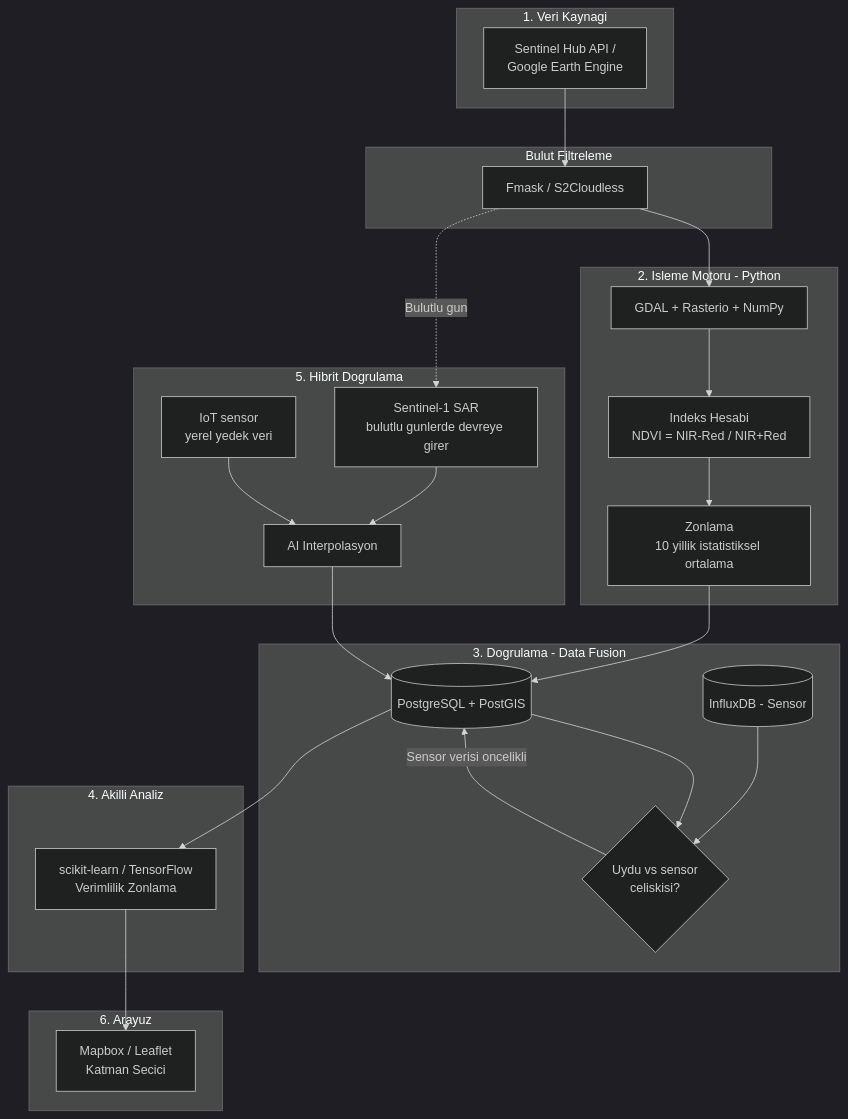
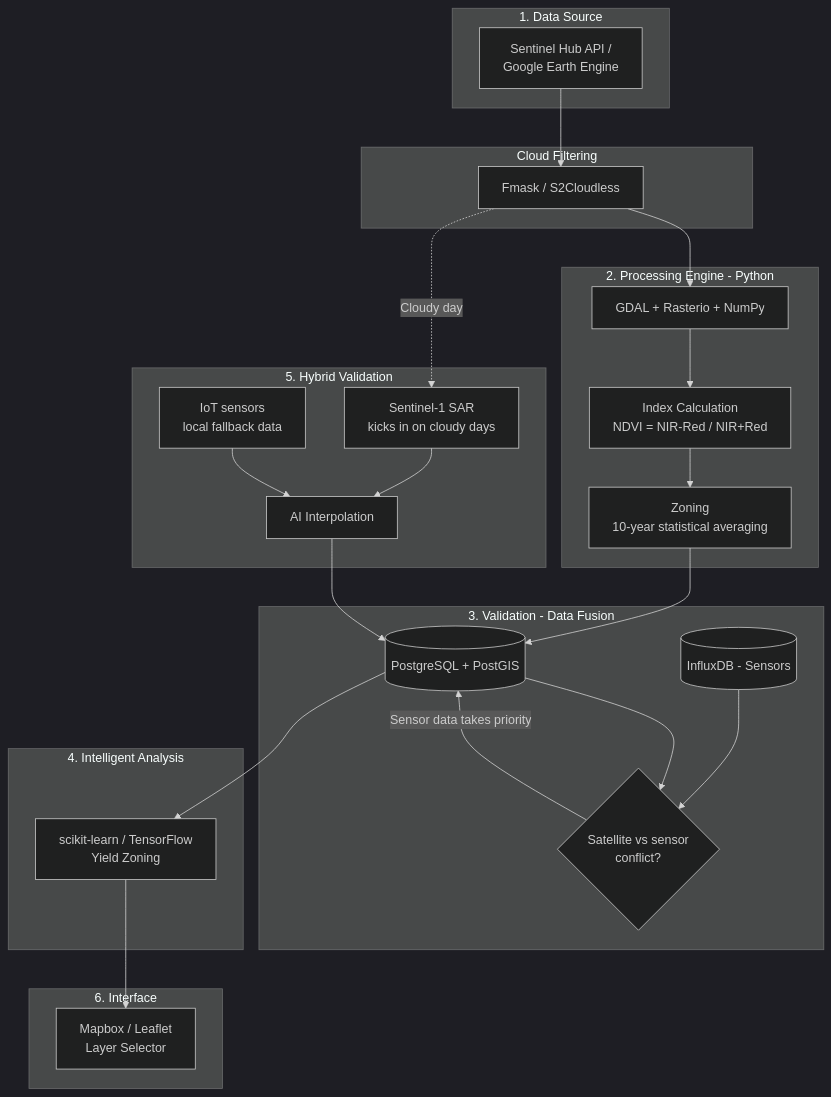
Before and after one commit to hhalilikurnaz/griOS-Telemetry-System: the seventh of 8 diagrams in README.md, drawn with Mermaid (dark theme). The commit also changed other lines of this file, not shown here.

````diff
--- a/README.md
+++ b/README.md
@@ -300,45 +417,45 @@
 ```mermaid
 flowchart TD
-    subgraph Kaynak["1. Veri Kaynagi"]
+    subgraph Kaynak["1. Data Source"]
         SH["Sentinel Hub API /<br/>Google Earth Engine"]
     end
 
-    subgraph Filtre["Bulut Filtreleme"]
+    subgraph Filtre["Cloud Filtering"]
         CF["Fmask / S2Cloudless"]
     end
 
-    subgraph Islem["2. Isleme Motoru - Python"]
+    subgraph Islem["2. Processing Engine - Python"]
         GDAL["GDAL + Rasterio + NumPy"]
-        NDVI_CALC["Indeks Hesabi<br/>NDVI = NIR-Red / NIR+Red"]
-        ZONE_CALC["Zonlama<br/>10 yillik istatistiksel ortalama"]
+        NDVI_CALC["Index Calculation<br/>NDVI = NIR-Red / NIR+Red"]
+        ZONE_CALC["Zoning<br/>10-year statistical averaging"]
     end
 
-    subgraph Dogrulama["3. Dogrulama - Data Fusion"]
+    subgraph Dogrulama["3. Validation - Data Fusion"]
         PG[("PostgreSQL + PostGIS")]
-        INFLUX[("InfluxDB - Sensor")]
-        FUSION{"Uydu vs sensor<br/>celiskisi?"}
+        INFLUX[("InfluxDB - Sensors")]
+        FUSION{"Satellite vs sensor<br/>conflict?"}
     end
 
-    subgraph AILayer["4. Akilli Analiz"]
-        ML["scikit-learn / TensorFlow<br/>Verimlilik Zonlama"]
+    subgraph AILayer["4. Intelligent Analysis"]
+        ML["scikit-learn / TensorFlow<br/>Yield Zoning"]
     end
 
-    subgraph Hibrit["5. Hibrit Dogrulama"]
-        S1R["Sentinel-1 SAR<br/>bulutlu gunlerde devreye girer"]
-        IOT_BACKUP["IoT sensor<br/>yerel yedek veri"]
-        INTERP["AI Interpolasyon"]
+    subgraph Hibrit["5. Hybrid Validation"]
+        S1R["Sentinel-1 SAR<br/>kicks in on cloudy days"]
+        IOT_BACKUP["IoT sensors<br/>local fallback data"]
+        INTERP["AI Interpolation"]
     end
 
-    subgraph Arayuz["6. Arayuz"]
-        MAP["Mapbox / Leaflet<br/>Katman Secici"]
+    subgraph Arayuz["6. Interface"]
+        MAP["Mapbox / Leaflet<br/>Layer Selector"]
     end
 
     SH --> CF --> GDAL --> NDVI_CALC --> ZONE_CALC --> PG
     INFLUX --> FUSION
     PG --> FUSION
-    FUSION -->|Sensor verisi oncelikli| PG
+    FUSION -->|Sensor data takes priority| PG
     PG --> ML --> MAP
-    CF -.->|Bulutlu gun| S1R --> INTERP
+    CF -.->|Cloudy day| S1R --> INTERP
     IOT_BACKUP --> INTERP
     INTERP --> PG
 ```
````
